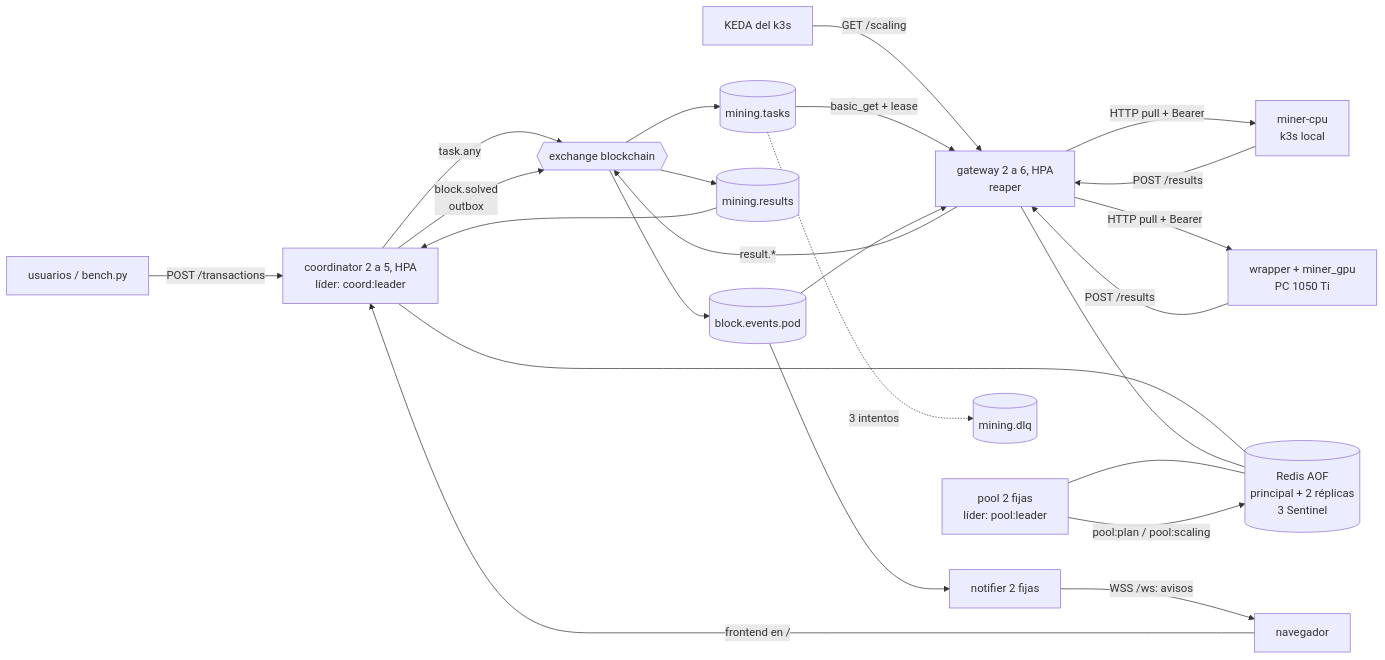
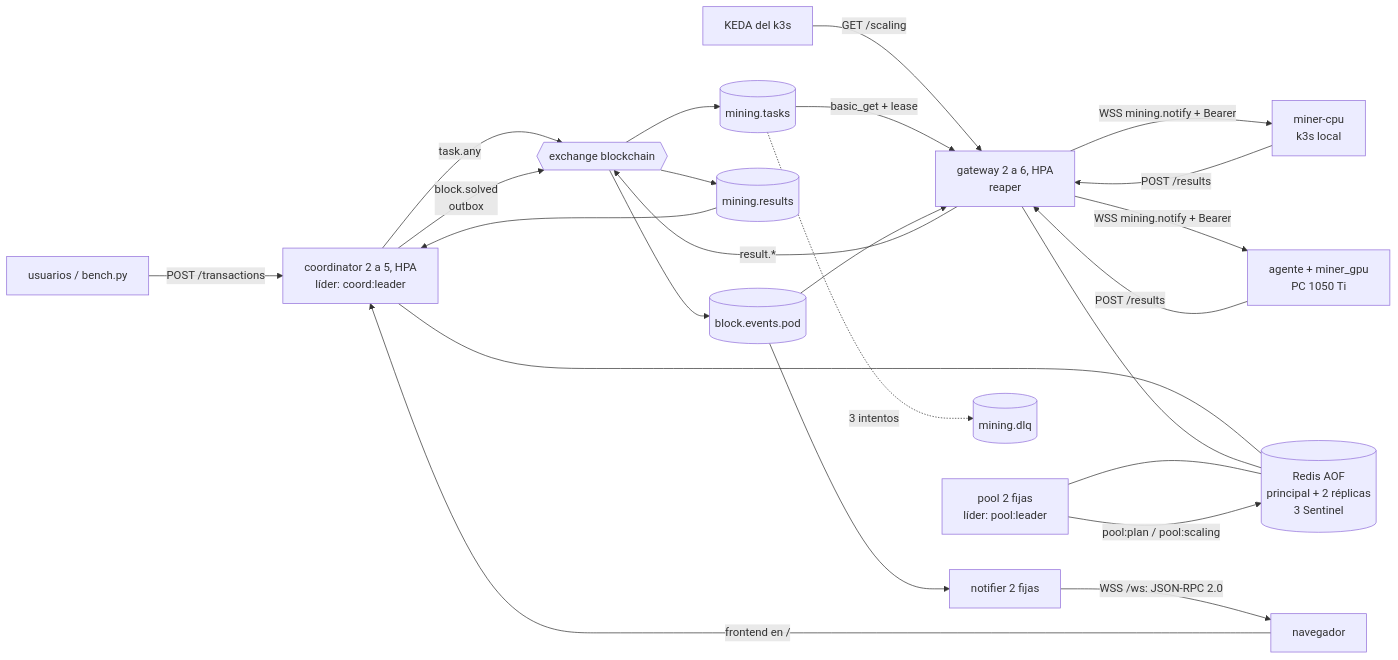
The diagram in pilar2/README.md (MateoPonti/TpIntegradorSDYPP), drawn with Mermaid before and after one commit. The commit also changed other lines of this file and 7 other files, not shown here.

Commit message:
Docs al día: WebSocket que empuja tareas, Cloudflare en los Word, notifier JSON-RPC, despliegue con el notifier; front sin la fila Comprobación ni referencias internas

````diff
--- a/pilar2/README.md
+++ b/pilar2/README.md
@@ -112,19 +112,19 @@
 ```mermaid
 flowchart LR
   U[usuarios / bench.py] -->|POST /transactions| C[coordinator 2 a 5, HPA<br/>líder: coord:leader]
   N[navegador] -->|frontend en /| C
   K[KEDA del k3s] -->|GET /scaling| G
   C -->|task.any| X{{exchange blockchain}}
   X --> T[(mining.tasks)]
   T -->|basic_get + lease| G[gateway 2 a 6, HPA<br/>reaper]
-  G -->|HTTP pull + Bearer| M1[miner-cpu<br/>k3s local]
-  G -->|HTTP pull + Bearer| M2[wrapper + miner_gpu<br/>PC 1050 Ti]
+  G -->|WSS mining.notify + Bearer| M1[miner-cpu<br/>k3s local]
+  G -->|WSS mining.notify + Bearer| M2[agente + miner_gpu<br/>PC 1050 Ti]
   M1 & M2 -->|POST /results| G
   G -->|result.*| X --> R[(mining.results)] --> C
   C -->|block.solved<br/>outbox| X --> E[(block.events.pod)] --> G
   E --> NT[notifier 2 fijas]
-  NT -->|WSS /ws: avisos| N
+  NT -->|WSS /ws: JSON-RPC 2.0| N
   T -.3 intentos.-> D[(mining.dlq)]
   C & G & P[pool 2 fijas<br/>líder: pool:leader] --- RD[(Redis AOF<br/>principal + 2 réplicas<br/>3 Sentinel)]
   P -->|pool:plan / pool:scaling| RD
 ```
````
